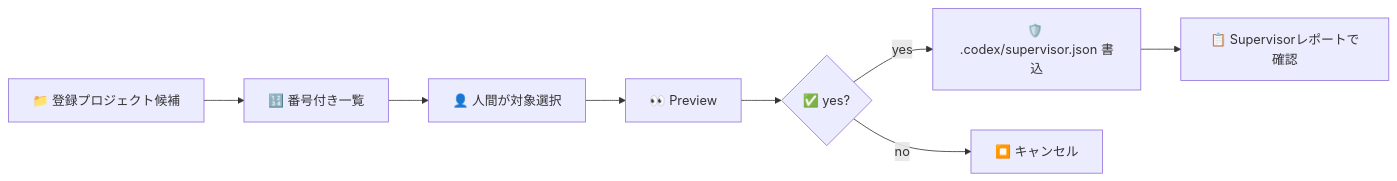
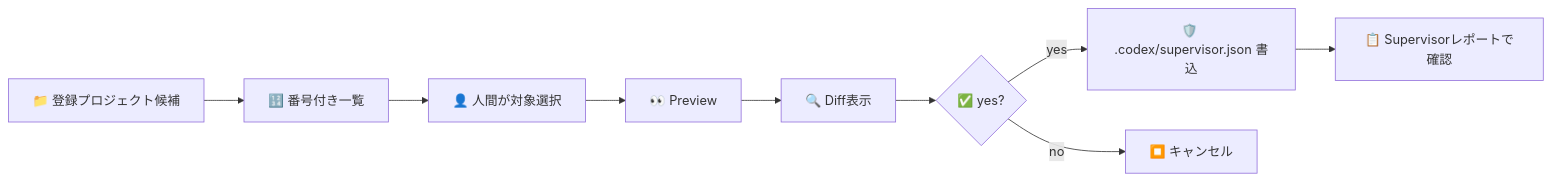
The third of 9 diagrams in README.md (Kensan196948G/Codex-StartUpTools-New-Linux), drawn with Mermaid before and after one commit. The commit also changed other lines of this file and 4 other files, not shown here.

````diff
--- a/README.md
+++ b/README.md
@@ -99,10 +100,11 @@
 ```mermaid
 flowchart LR
     A["📁 登録プロジェクト候補"] --> B["🔢 番号付き一覧"]
     B --> C["👤 人間が対象選択"]
     C --> D["👀 Preview"]
-    D --> E{"✅ yes?"}
-    E -- "yes" --> F["🛡️ .codex/supervisor.json 書込"]
-    E -- "no" --> G["⏹️ キャンセル"]
-    F --> H["📋 Supervisorレポートで確認"]
+    D --> E["🔍 Diff表示"]
+    E --> F{"✅ yes?"}
+    F -- "yes" --> G["🛡️ .codex/supervisor.json 書込"]
+    F -- "no" --> H["⏹️ キャンセル"]
+    G --> I["📋 Supervisorレポートで確認"]
 ```
````
